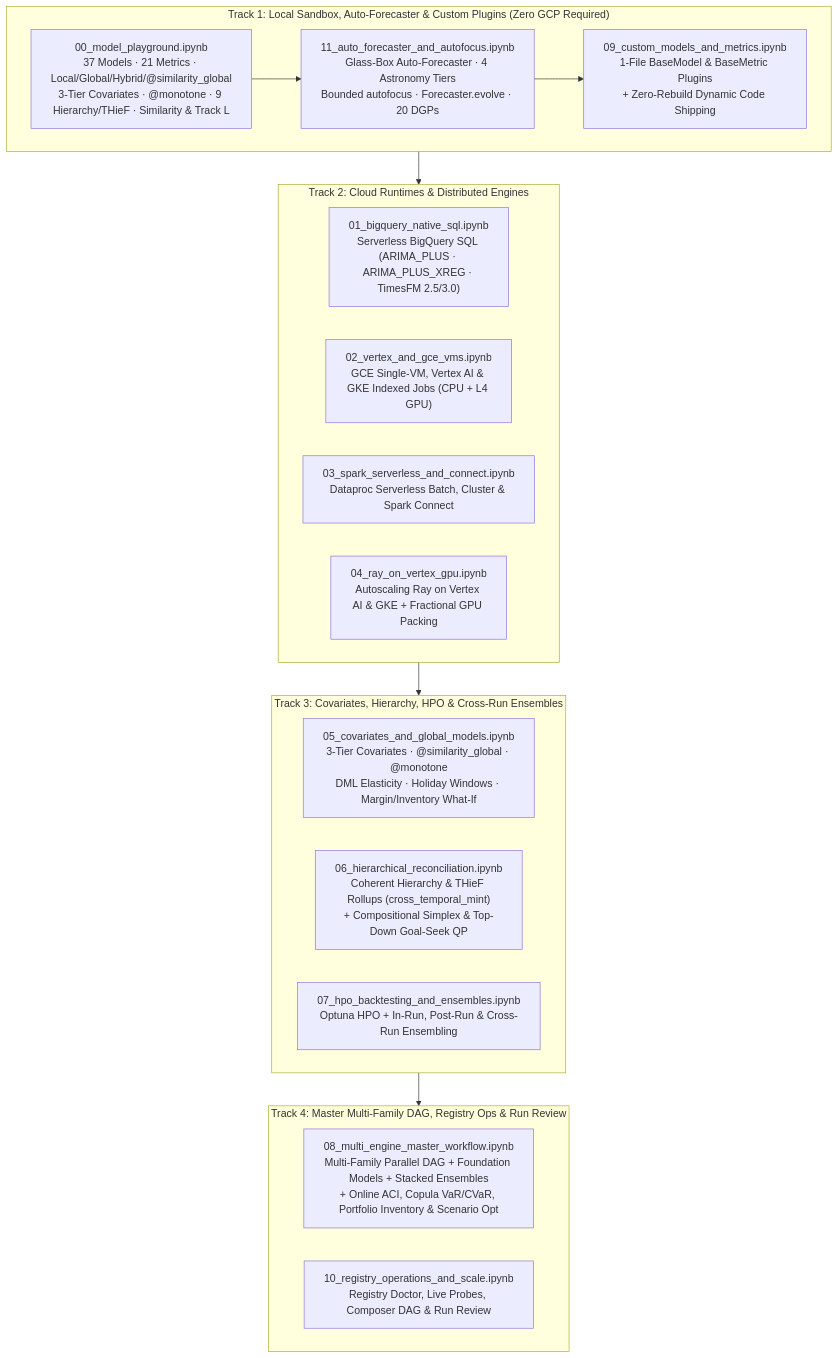
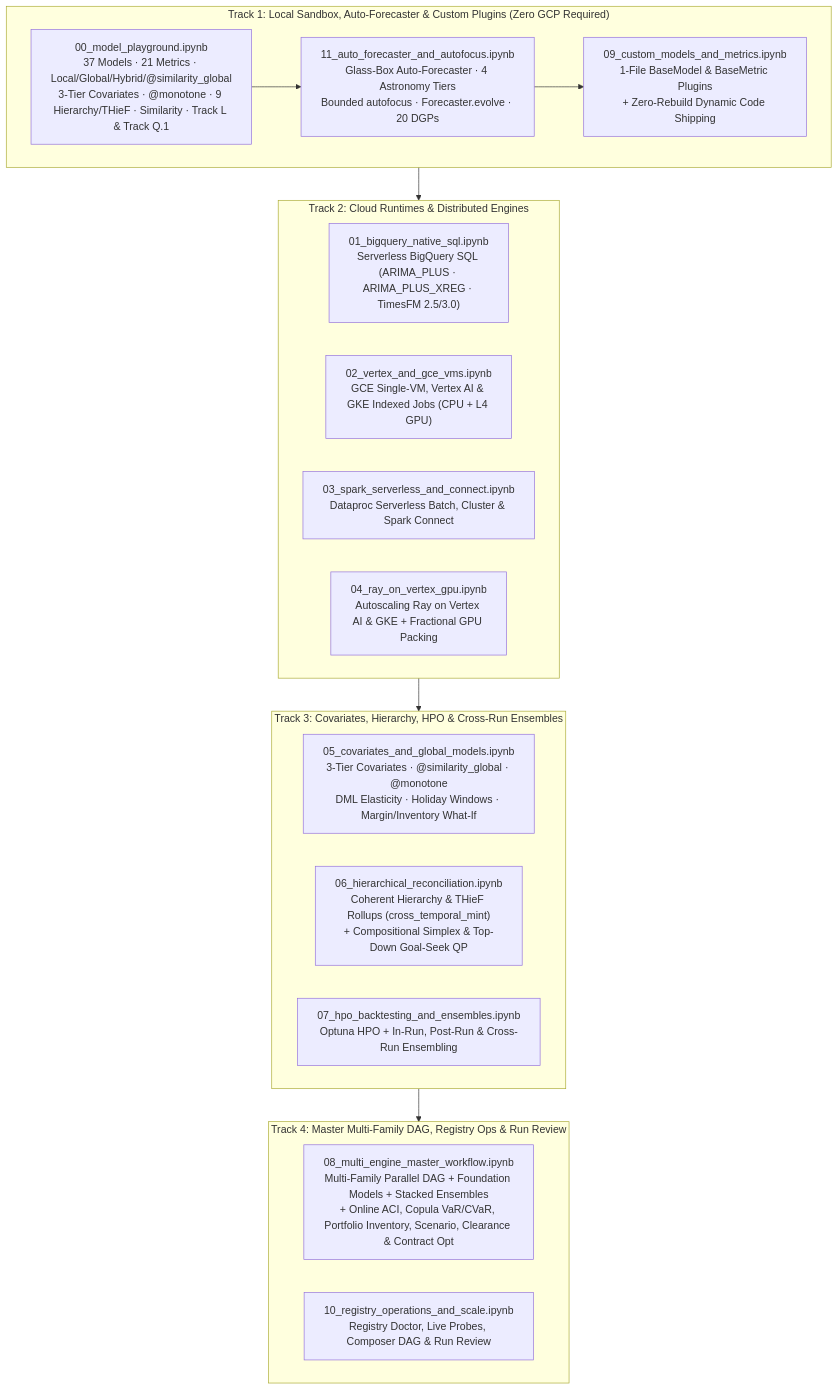
Before and after one commit to statmike/scale-forecasting: the diagram in notebooks/README.md, drawn with Mermaid. The commit also changed other lines of this file and 36 other files, not shown here.

Commit message:
feat(track-q1): Lifecycle Markdown Clearance, Space Reclamation & Vendor Contract Volume MILP (v1.9.0)

````diff
--- a/notebooks/README.md
+++ b/notebooks/README.md
@@ -8,29 +8,29 @@
 ```mermaid
 flowchart TD
     subgraph Track1["Track 1: Local Sandbox, Auto-Forecaster & Custom Plugins (Zero GCP Required)"]
-        NB00["00_model_playground.ipynb<br/>37 Models · 21 Metrics · Local/Global/Hybrid/@similarity_global<br/>3-Tier Covariates · @monotone · 9 Hierarchy/THieF · Similarity & Track L"]
+        NB00["00_model_playground.ipynb<br/>37 Models · 21 Metrics · Local/Global/Hybrid/@similarity_global<br/>3-Tier Covariates · @monotone · 9 Hierarchy/THieF · Similarity · Track L & Track Q.1"]
         NB11["11_auto_forecaster_and_autofocus.ipynb<br/>Glass-Box Auto-Forecaster · 4 Astronomy Tiers<br/>Bounded autofocus · Forecaster.evolve · 20 DGPs"]
         NB09["09_custom_models_and_metrics.ipynb<br/>1-File BaseModel & BaseMetric Plugins<br/>+ Zero-Rebuild Dynamic Code Shipping"]
     end
 
     subgraph Track2["Track 2: Cloud Runtimes & Distributed Engines"]
         NB01["01_bigquery_native_sql.ipynb<br/>Serverless BigQuery SQL (ARIMA_PLUS · ARIMA_PLUS_XREG · TimesFM 2.5/3.0)"]
         NB02["02_vertex_and_gce_vms.ipynb<br/>GCE Single-VM, Vertex AI & GKE Indexed Jobs (CPU + L4 GPU)"]
         NB03["03_spark_serverless_and_connect.ipynb<br/>Dataproc Serverless Batch, Cluster & Spark Connect"]
         NB04["04_ray_on_vertex_gpu.ipynb<br/>Autoscaling Ray on Vertex AI & GKE + Fractional GPU Packing"]
     end
 
     subgraph Track3["Track 3: Covariates, Hierarchy, HPO & Cross-Run Ensembles"]
         NB05["05_covariates_and_global_models.ipynb<br/>3-Tier Covariates · @similarity_global · @monotone<br/>DML Elasticity · Holiday Windows · Margin/Inventory What-If"]
         NB06["06_hierarchical_reconciliation.ipynb<br/>Coherent Hierarchy & THieF Rollups (cross_temporal_mint)<br/>+ Compositional Simplex & Top-Down Goal-Seek QP"]
         NB07["07_hpo_backtesting_and_ensembles.ipynb<br/>Optuna HPO + In-Run, Post-Run & Cross-Run Ensembling"]
     end
 
     subgraph Track4["Track 4: Master Multi-Family DAG, Registry Ops & Run Review"]
-        NB08["08_multi_engine_master_workflow.ipynb<br/>Multi-Family Parallel DAG + Foundation Models + Stacked Ensembles<br/>+ Online ACI, Copula VaR/CVaR, Portfolio Inventory & Scenario Opt"]
+        NB08["08_multi_engine_master_workflow.ipynb<br/>Multi-Family Parallel DAG + Foundation Models + Stacked Ensembles<br/>+ Online ACI, Copula VaR/CVaR, Portfolio Inventory, Scenario, Clearance & Contract Opt"]
         NB10["10_registry_operations_and_scale.ipynb<br/>Registry Doctor, Live Probes, Composer DAG & Run Review"]
     end
 
     NB00 --> NB11 --> NB09
     Track1 --> Track2 --> Track3 --> Track4
 ```
````
